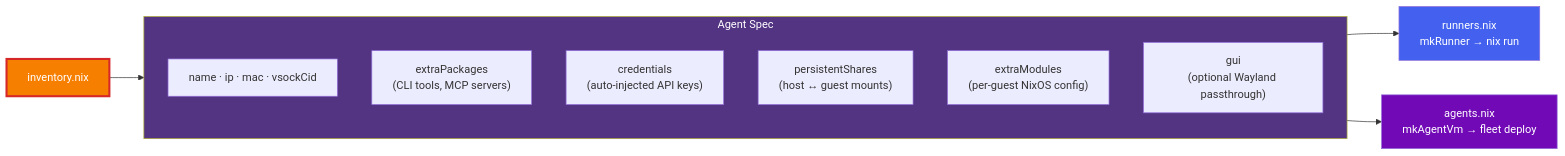
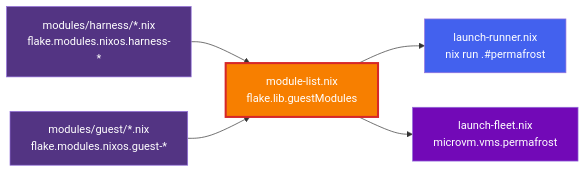
Before and after one commit to tenarches/nix-permafrost: the third of 6 diagrams in README.md, drawn with Mermaid. The commit also changed other lines of this file, not shown here.

First line of the commit message:
docs: rewrite README for the single permafrost guest

````diff
--- a/README.md
+++ b/README.md
@@ -138,22 +150,18 @@
 ```mermaid
 graph LR
-    INV["inventory.nix"] --> SPEC
+    HARNESS["modules/harness/*.nix<br/>flake.modules.nixos.harness-*"]
+    GUEST["modules/guest/*.nix<br/>flake.modules.nixos.guest-*"]
+    LIST["module-list.nix<br/>flake.lib.guestModules"]
 
-    subgraph SPEC["Agent Spec"]
-        direction TB
-        ID["name · ip · mac · vsockCid"]
-        PKG["extraPackages<br/>(CLI tools, MCP servers)"]
-        CRED["credentials<br/>(auto-injected API keys)"]
-        SHARE["persistentShares<br/>(host ↔ guest mounts)"]
-        MOD["extraModules<br/>(per-guest NixOS config)"]
-        GUI["gui<br/>(optional Wayland passthrough)"]
-    end
+    HARNESS --> LIST
+    GUEST --> LIST
 
-    SPEC --> RUNNER["runners.nix<br/>mkRunner → nix run"]
-    SPEC --> FLEET["agents.nix<br/>mkAgentVm → fleet deploy"]
+    LIST --> RUNNER["launch-runner.nix<br/>nix run .#permafrost"]
+    LIST --> FLEET["launch-fleet.nix<br/>microvm.vms.permafrost"]
 
-    style INV fill:#f77f00,stroke:#d62828,color:#fff,stroke-width:3px
-    style SPEC fill:#533483,color:#fff
+    style LIST fill:#f77f00,stroke:#d62828,color:#fff,stroke-width:3px
+    style HARNESS fill:#533483,color:#fff
+    style GUEST fill:#533483,color:#fff
     style RUNNER fill:#4361ee,color:#fff
     style FLEET fill:#7209b7,color:#fff
 ```
````
